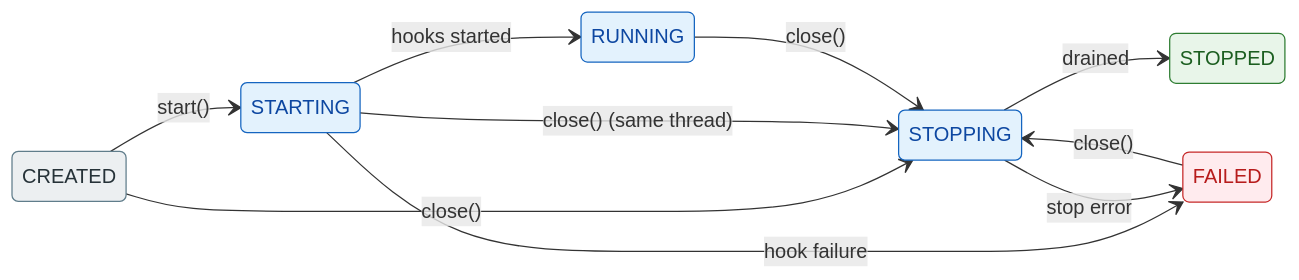
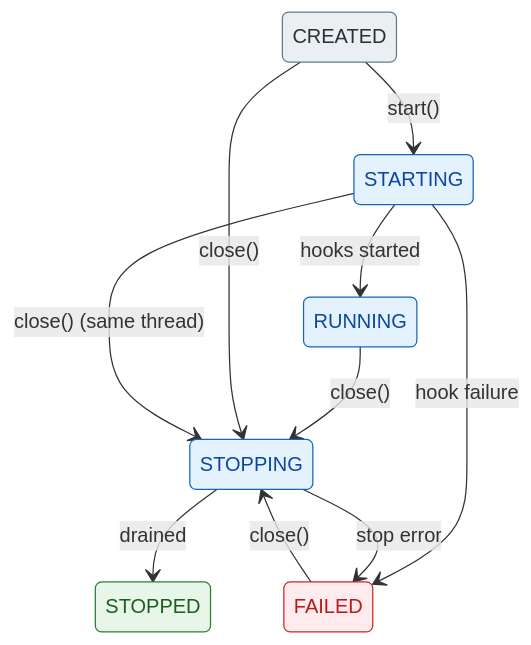
The diagram in README.md (dzb/freeway), drawn with Mermaid before and after one commit.

Commit message:
docs：生命周期状态图回到纵向并收紧布局
不用横向；去掉 direction LR，改为调整边的声明顺序——主干（CREATED→STARTING→RUNNING→
STOPPING→STOPPED/FAILED）先声明，汇入 STOPPING 的三条回边（CREATED/STARTING/FAILED）
放最后。实测 437x512（原 750x790，面积 -64%），RUNNING 居中、左侧空档收窄，中间不再空旷。

````diff
--- a/README.md
+++ b/README.md
@@ -241,21 +241,20 @@
 ```mermaid
 stateDiagram-v2
-    direction LR
     CREATED --> STARTING : start()
-    CREATED --> STOPPING : close()
     STARTING --> RUNNING : hooks started
+    RUNNING --> STOPPING : close()
     STARTING --> FAILED : hook failure
-    STARTING --> STOPPING : close() (same thread)
-    RUNNING --> STOPPING : close()
     STOPPING --> STOPPED : drained
     STOPPING --> FAILED : stop error
+    CREATED --> STOPPING : close()
+    STARTING --> STOPPING : close() (same thread)
     FAILED --> STOPPING : close()
     classDef idle fill:#eceff1,stroke:#607d8b,color:#263238
     classDef live fill:#e3f2fd,stroke:#1565c0,color:#0d47a1
     classDef ok fill:#e8f5e9,stroke:#2e7d32,color:#1b5e20
     classDef bad fill:#ffebee,stroke:#c62828,color:#b71c1c
     class CREATED idle
     class STARTING,RUNNING,STOPPING live
     class STOPPED ok
     class FAILED bad
 ```
````
